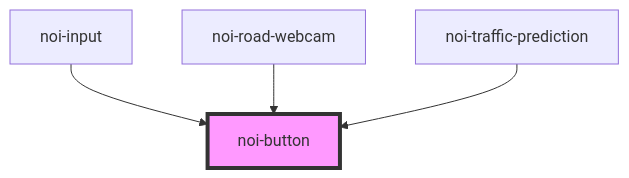
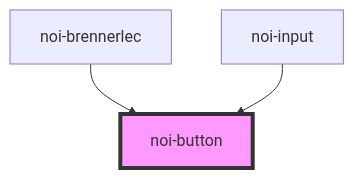
The diagram in src/blocks/button/readme.md (noi-techpark/webcomponents-brennerlec), drawn with Mermaid before and after one commit. The commit also changed other lines of this file and 8 other files, not shown here.

````diff
--- a/src/blocks/button/readme.md
+++ b/src/blocks/button/readme.md
@@ -58,7 +57,6 @@
 ```mermaid
 graph TD;
+  noi-brennerlec --> noi-button
   noi-input --> noi-button
-  noi-road-webcam --> noi-button
-  noi-traffic-prediction --> noi-button
   style noi-button fill:#f9f,stroke:#333,stroke-width:4px
 ```
````
